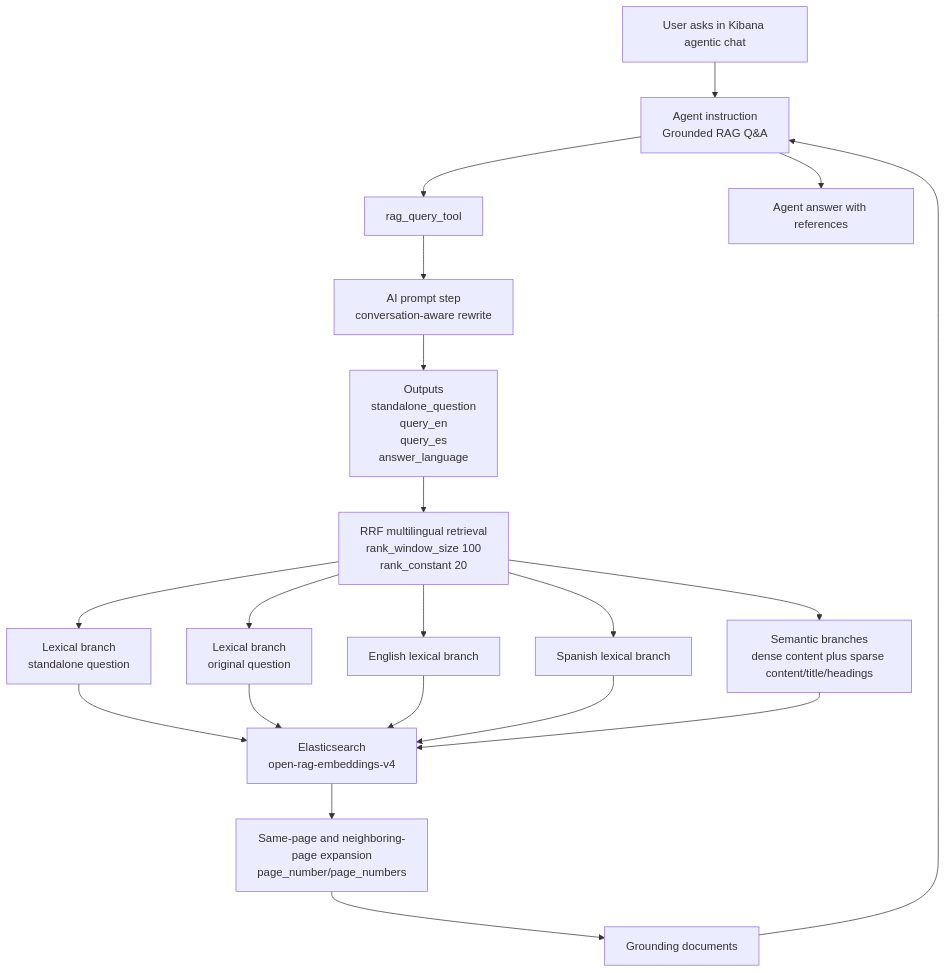
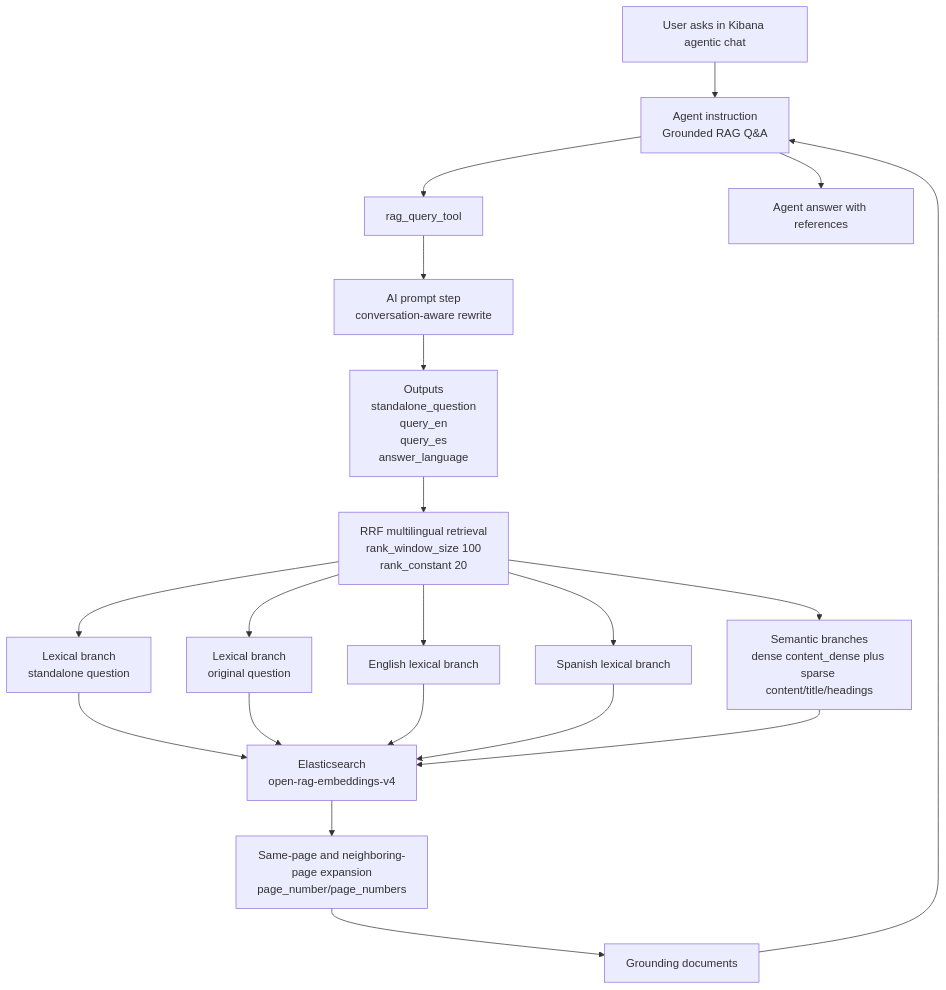
One commit to alrolo3/ingest-server-orquestator changed the third of 3 diagrams in docs/ingest-server-pipeline-workflow.md. Above: the diagram before and after it, drawn with Mermaid. The commit also changed other lines of this file and 16 other files, not shown here.

````diff
--- a/docs/ingest-server-pipeline-workflow.md
+++ b/docs/ingest-server-pipeline-workflow.md
@@ -303,26 +306,26 @@
 ```mermaid
 flowchart TD
     user[User asks in Kibana agentic chat]
     agent[Agent instruction<br/>Grounded RAG Q&A]
     tool[rag_query_tool]
     rewrite[AI prompt step<br/>conversation-aware rewrite]
     variants[Outputs<br/>standalone_question<br/>query_en<br/>query_es<br/>answer_language]
     rrf[RRF multilingual retrieval<br/>rank_window_size 100<br/>rank_constant 20]
     lexical1[Lexical branch<br/>standalone question]
     lexical2[Lexical branch<br/>original question]
     lexicalEN[English lexical branch]
     lexicalES[Spanish lexical branch]
-    semantic[Semantic branches<br/>dense content plus sparse content/title/headings]
+    semantic[Semantic branches<br/>dense content_dense plus sparse content/title/headings]
     es[Elasticsearch<br/>open-rag-embeddings-v4]
     expand[Same-page and neighboring-page expansion<br/>page_number/page_numbers]
     docs[Grounding documents]
     answer[Agent answer with references]
 
     user --> agent --> tool --> rewrite --> variants --> rrf
     rrf --> lexical1 --> es
     rrf --> lexical2 --> es
     rrf --> lexicalEN --> es
     rrf --> lexicalES --> es
     rrf --> semantic --> es
     es --> expand --> docs --> agent --> answer
 ```
````
